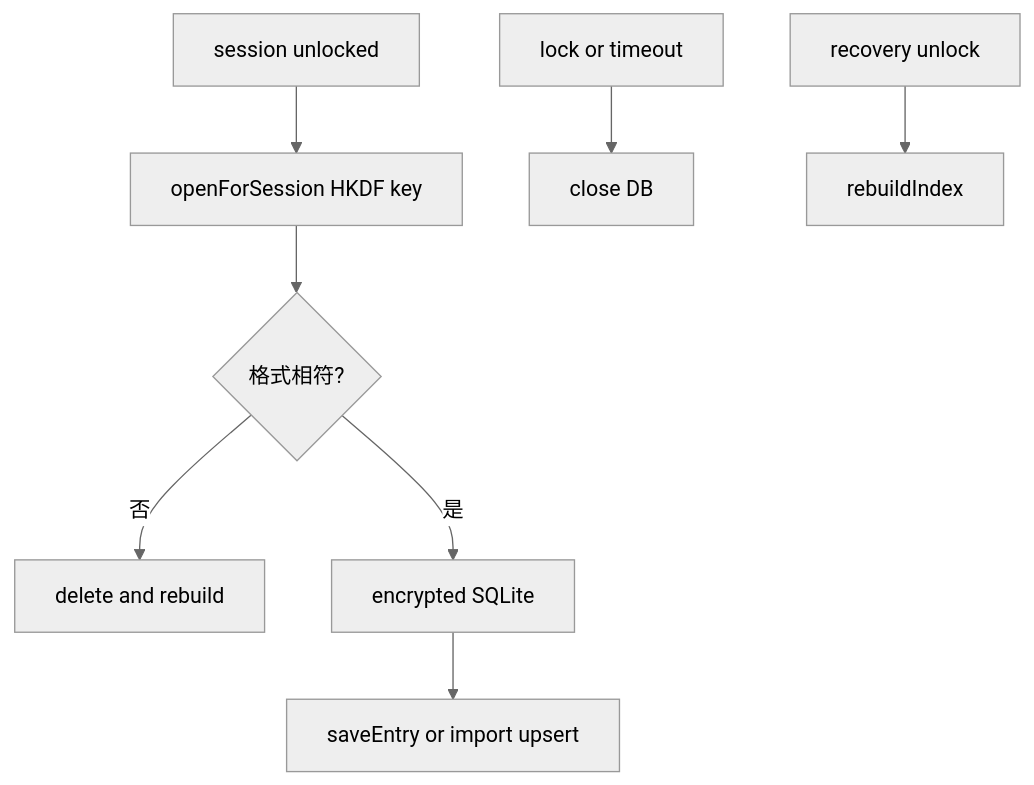
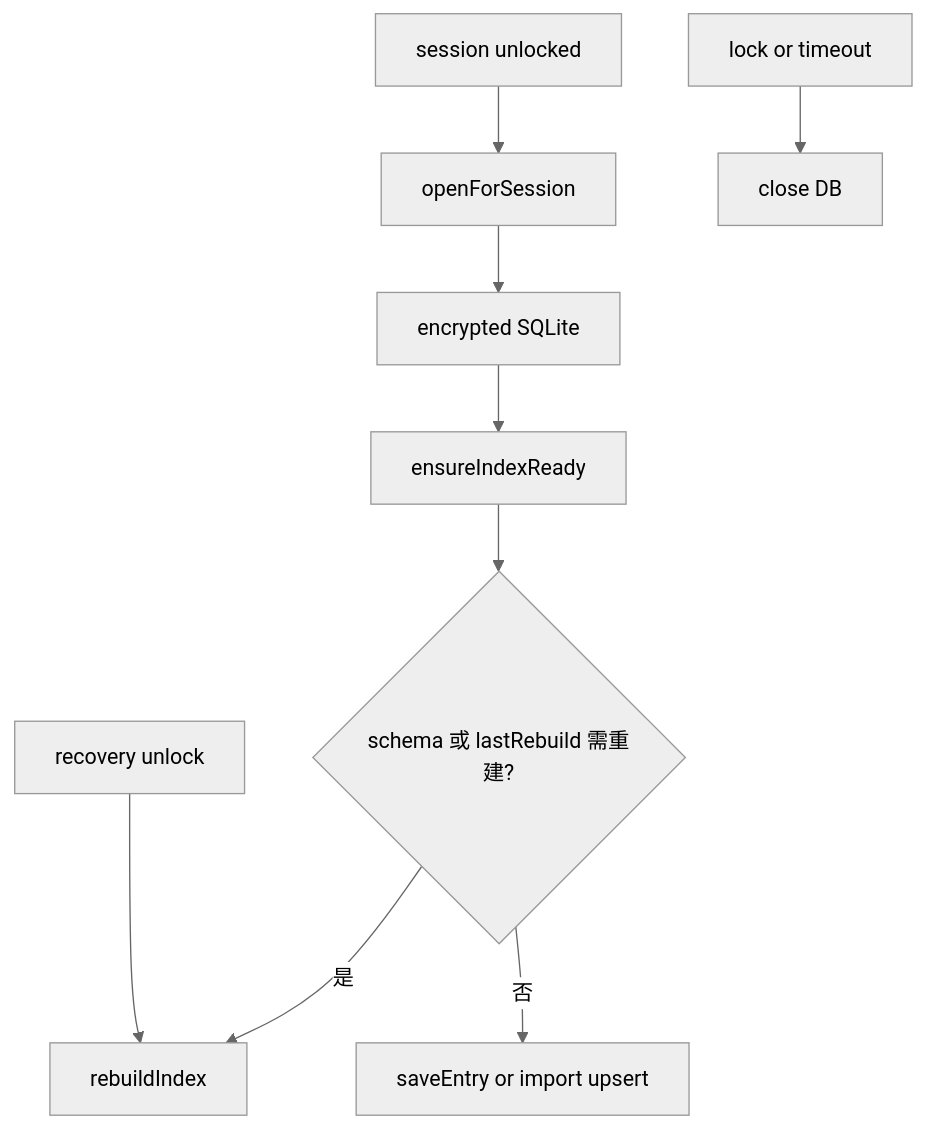
Before and after one commit to zack20136/quill-diary: the diagram in docs/介紹/索引資料庫.md, drawn with Mermaid (neutral theme). The commit also changed other lines of this file and 65 other files, not shown here.

````diff
--- a/docs/介紹/索引資料庫.md
+++ b/docs/介紹/索引資料庫.md
@@ -29,10 +29,11 @@
 ```mermaid
 flowchart TD
-    unlock[session unlocked] --> open[openForSession HKDF key]
-    open --> check{格式相符?}
-    check -->|否| delete[delete and rebuild]
-    check -->|是| use[encrypted SQLite]
-    use --> sync[saveEntry or import upsert]
+    unlock[session unlocked] --> open[openForSession]
+    open --> use[encrypted SQLite]
+    use --> ensure[ensureIndexReady]
+    ensure --> schema{schema 或 lastRebuild 需重建?}
+    schema -->|是| rebuild[rebuildIndex]
+    schema -->|否| sync[saveEntry or import upsert]
     lock[lock or timeout] --> close[close DB]
-    recovery[recovery unlock] --> rebuild[rebuildIndex]
+    recovery[recovery unlock] --> rebuild
 ```
````
